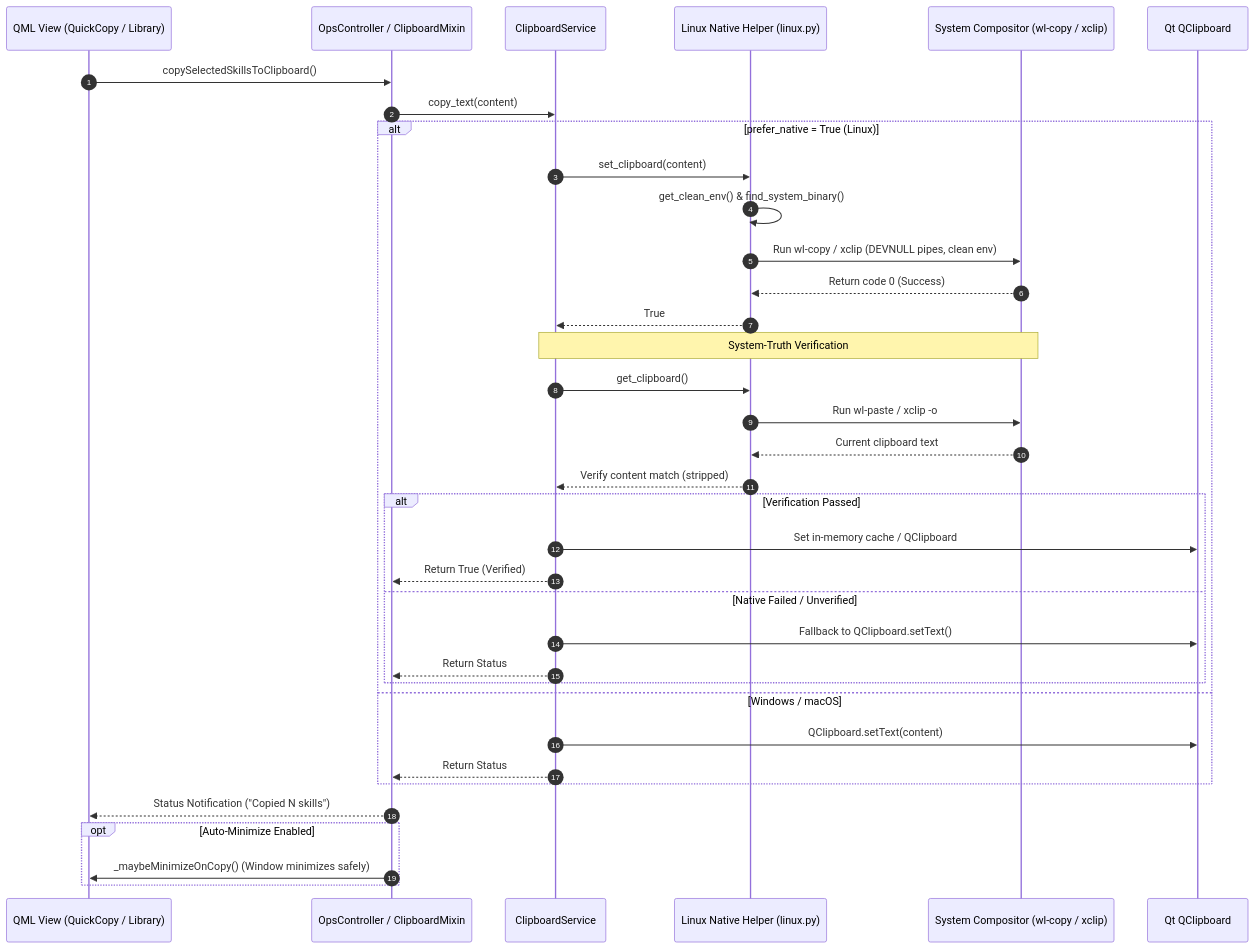
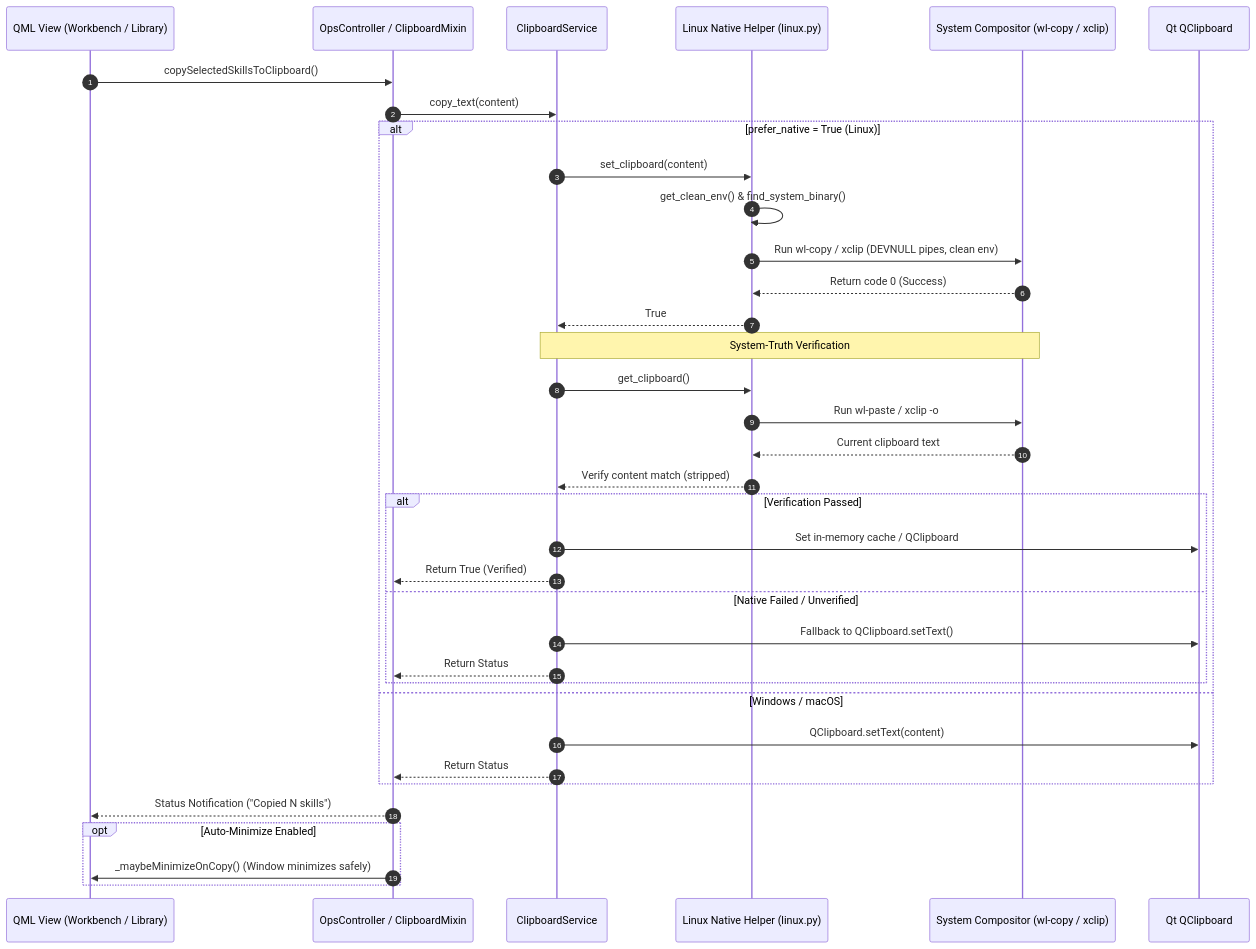
One commit to dishanagalawatta/SkillManager changed the eighth of 16 diagrams in docs/ARCHITECTURE.md. Above: the diagram before and after it, drawn with Mermaid. The commit also changed other lines of this file and 70 other files, not shown here.

````diff
--- a/docs/ARCHITECTURE.md
+++ b/docs/ARCHITECTURE.md
@@ -476,43 +509,43 @@
 ```mermaid
 sequenceDiagram
     autonumber
-    participant UI as QML View (QuickCopy / Library)
+    participant UI as QML View (Workbench / Library)
     participant Ops as OpsController / ClipboardMixin
     participant Svc as ClipboardService
     participant Linux as Linux Native Helper (linux.py)
     participant Sys as System Compositor (wl-copy / xclip)
     participant Qt as Qt QClipboard
 
     UI->>Ops: copySelectedSkillsToClipboard()
     Ops->>Svc: copy_text(content)
     
     alt prefer_native = True (Linux)
         Svc->>Linux: set_clipboard(content)
         Linux->>Linux: get_clean_env() & find_system_binary()
         Linux->>Sys: Run wl-copy / xclip (DEVNULL pipes, clean env)
         Sys-->>Linux: Return code 0 (Success)
         Linux-->>Svc: True
         
         Note over Svc,Sys: System-Truth Verification
         Svc->>Linux: get_clipboard()
         Linux->>Sys: Run wl-paste / xclip -o
         Sys-->>Linux: Current clipboard text
         Linux-->>Svc: Verify content match (stripped)
         
         alt Verification Passed
             Svc->>Qt: Set in-memory cache / QClipboard
             Svc-->>Ops: Return True (Verified)
         else Native Failed / Unverified
             Svc->>Qt: Fallback to QClipboard.setText()
             Svc-->>Ops: Return Status
         end
     else Windows / macOS
         Svc->>Qt: QClipboard.setText(content)
         Svc-->>Ops: Return Status
     end
 
     Ops-->>UI: Status Notification ("Copied N skills")
     opt Auto-Minimize Enabled
         Ops->>UI: _maybeMinimizeOnCopy() (Window minimizes safely)
     end
 ```
````
